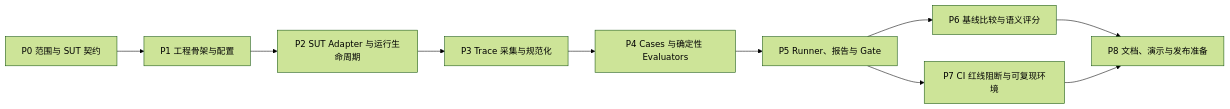
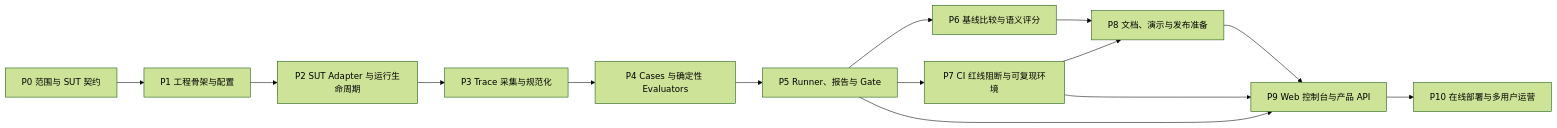
The diagram in agent-regression-gate-phase-plan.md (LiangChase/agent-regression-gate), drawn with Mermaid (forest theme) before and after one commit. The commit also changed other lines of this file and 2 other files, not shown here.

Commit message:
Add web console and product deployment roadmap

````diff
--- a/agent-regression-gate-phase-plan.md
+++ b/agent-regression-gate-phase-plan.md
@@ -69,12 +74,16 @@
 ```mermaid
 flowchart LR
   P0[P0 范围与 SUT 契约] --> P1[P1 工程骨架与配置]
   P1 --> P2[P2 SUT Adapter 与运行生命周期]
   P2 --> P3[P3 Trace 采集与规范化]
   P3 --> P4[P4 Cases 与确定性 Evaluators]
   P4 --> P5[P5 Runner、报告与 Gate]
   P5 --> P6[P6 基线比较与语义评分]
   P5 --> P7[P7 CI 红线阻断与可复现环境]
   P6 --> P8[P8 文档、演示与发布准备]
   P7 --> P8
+  P5 --> P9[P9 Web 控制台与产品 API]
+  P7 --> P9
+  P8 --> P9
+  P9 --> P10[P10 在线部署与多用户运营]
 ```
````
